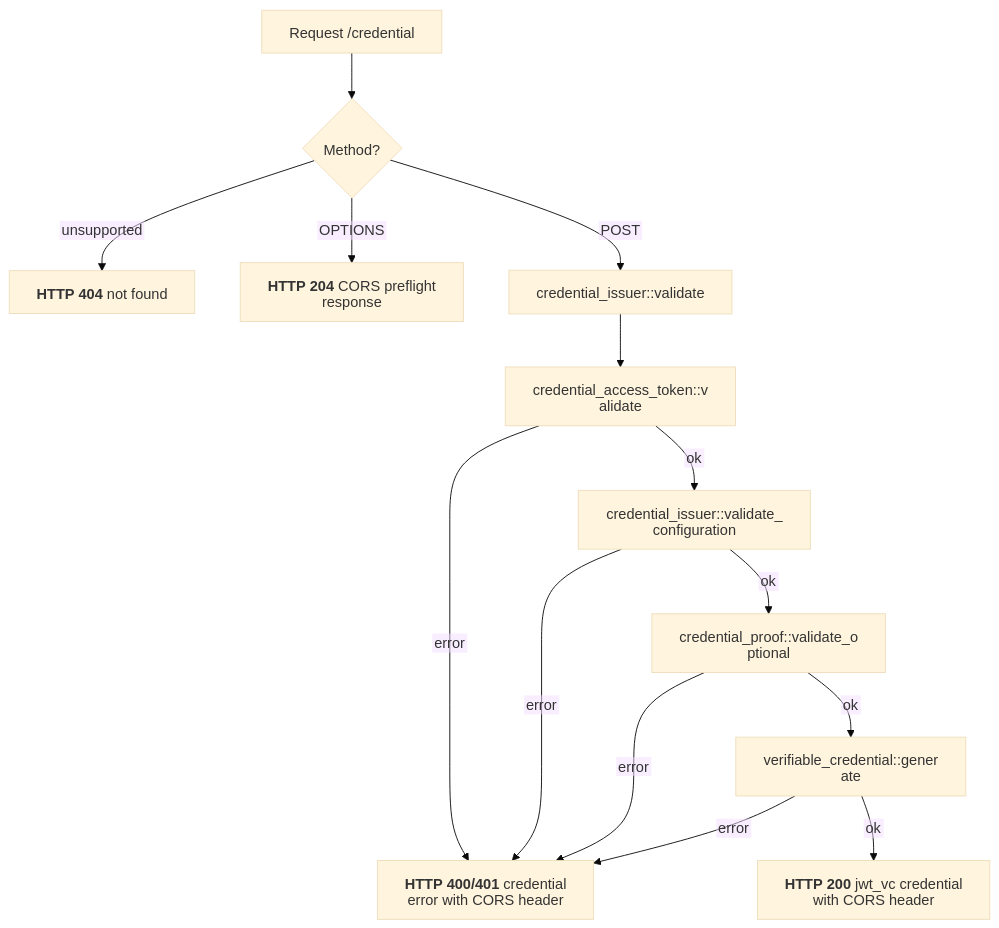
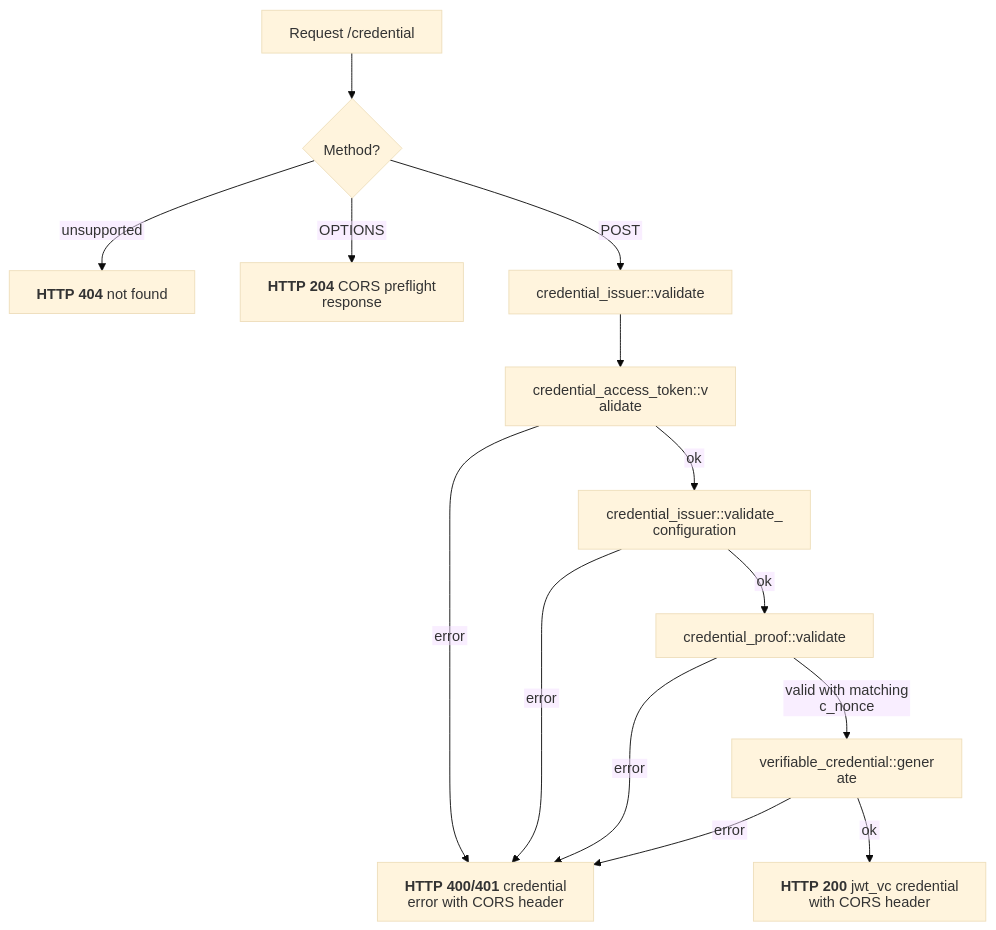
Before and after one commit to malach-it/kagome: the diagram in docs/flows/openid4vci/credential_endpoint.mmd, drawn with Mermaid (base theme). The commit also changed 19 other files, not shown here.

Commit message:
feat: require nonce-bound credential proofs

```diff
--- a/docs/flows/openid4vci/credential_endpoint.mmd
+++ b/docs/flows/openid4vci/credential_endpoint.mmd
@@ -1,15 +1,15 @@
 %%{init: {"htmlLabels": false, "flowchart": {"htmlLabels": false}}}%%
 flowchart TD
     start[Request /credential] --> method{Method?}
     method -- unsupported --> not_found["`**HTTP 404** not found`"]
     method -- OPTIONS --> preflight["`**HTTP 204** CORS preflight response`"]
     method -- POST --> issuer["credential_issuer::validate"]
     issuer --> bearer["credential_access_token::validate"]
     bearer -- error --> credential_error["`**HTTP 400/401** credential error with CORS header`"]
     bearer -- ok --> configuration["credential_issuer::validate_configuration"]
     configuration -- error --> credential_error
-    configuration -- ok --> proof["credential_proof::validate_optional"]
+    configuration -- ok --> proof["credential_proof::validate"]
     proof -- error --> credential_error
-    proof -- ok --> generate["verifiable_credential::generate"]
+    proof -- valid with matching c_nonce --> generate["verifiable_credential::generate"]
     generate -- error --> credential_error
     generate -- ok --> success["`**HTTP 200** jwt_vc credential with CORS header`"]
```
